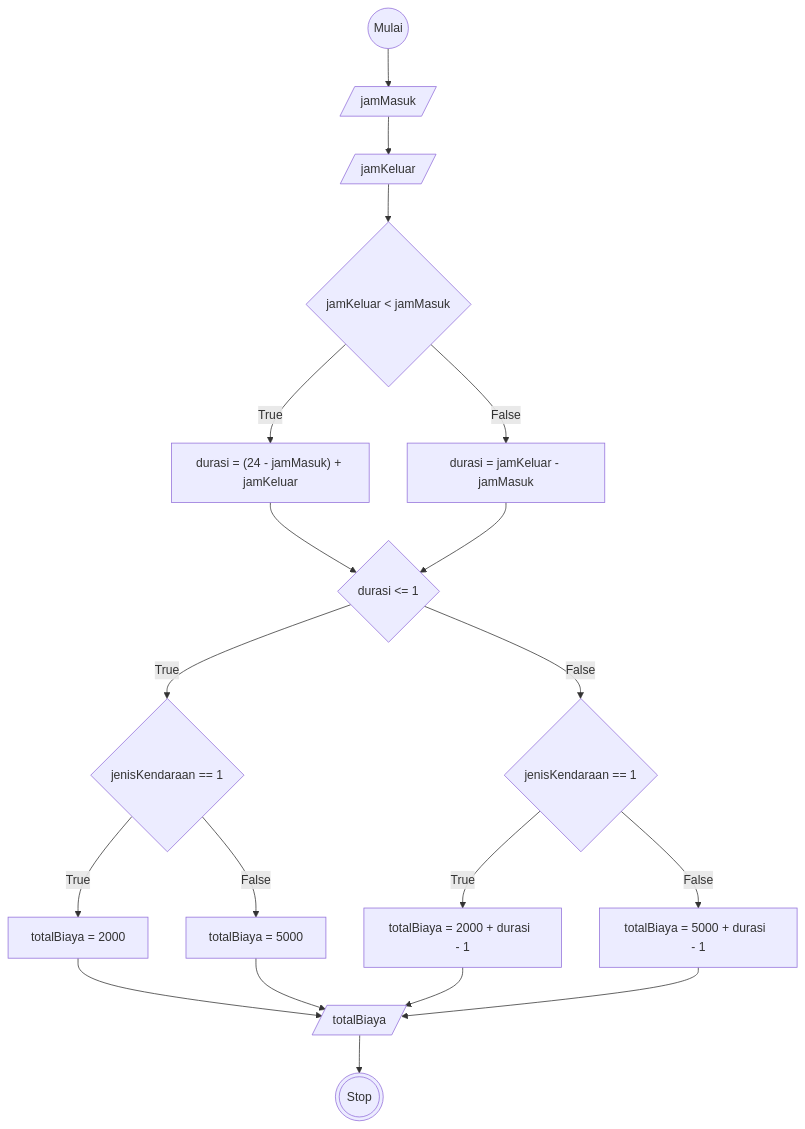
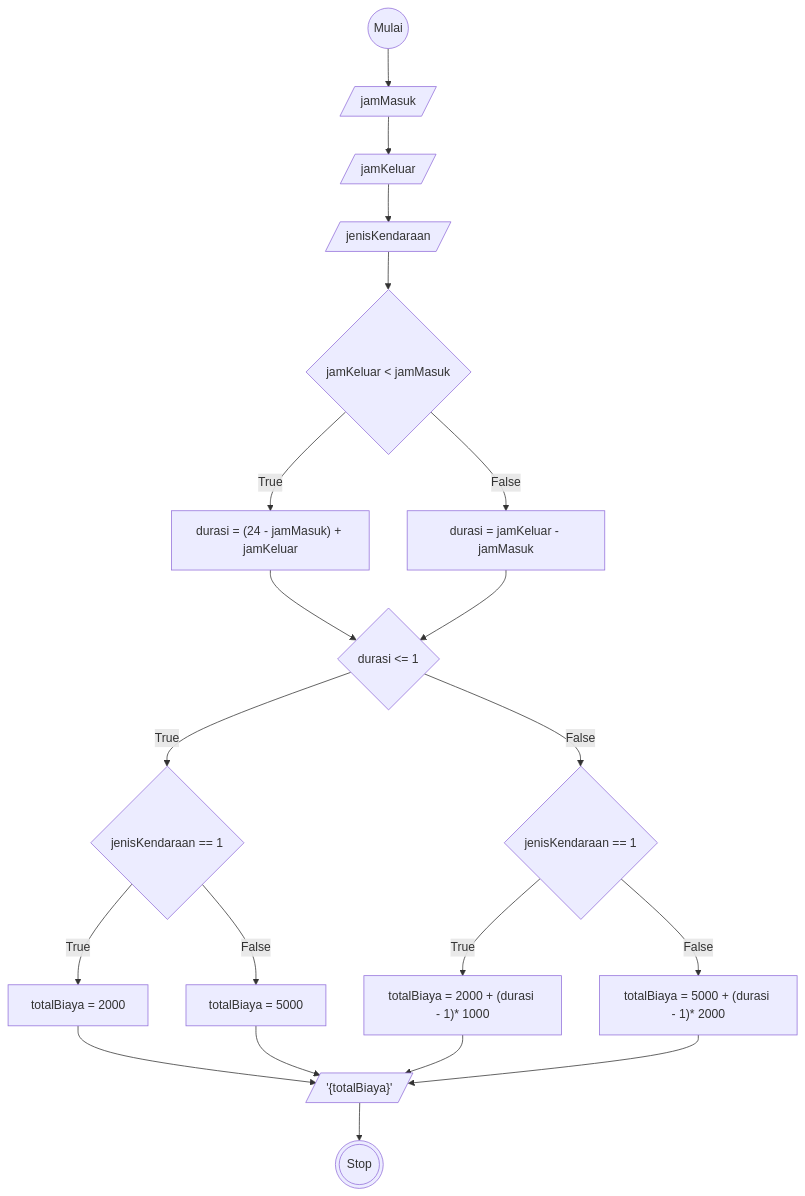
Before and after one commit to MuhamadRafliShidiq/koda-b8-algoritma: the diagram in readme.md, drawn with Mermaid. The commit also changed other lines of this file, not shown here.

````diff
--- a/readme.md
+++ b/readme.md
@@ -24,44 +21,45 @@
 ```mermaid
 
     flowchart TD
     a@{ shape: circle, label: "Mulai" }
     b@{ shape: lean-r, label: "jamMasuk" }
     c@{ shape: lean-r, label: "jamKeluar" }
+    p@{ shape: lean-r, label: "jenisKendaraan" }
     d@{ shape: diamond, label: "jamKeluar < jamMasuk " }
     e@{ shape: rect, label: "durasi = (24 - jamMasuk) + jamKeluar" }
     f@{ shape: rect, label: "durasi = jamKeluar - jamMasuk" }
     g@{ shape: diamond, label: "durasi <= 1 " }
     h@{ shape: diamond, label: "jenisKendaraan == 1" }
     i@{ shape: diamond, label: "jenisKendaraan == 1" }
     j@{ shape: rect, label: "totalBiaya = 2000" }
     k@{ shape: rect, label: "totalBiaya = 5000" }
-    l@{ shape: rect, label: "totalBiaya = 2000 + durasi  - 1" }
-    m@{ shape: rect, label: "totalBiaya = 5000 + durasi  - 1" }
-    n@{ shape: lean-r, label: "totalBiaya" }
+    l@{ shape: rect, label: "totalBiaya = 2000 + (durasi - 1)* 1000" }
+    m@{ shape: rect, label: "totalBiaya = 5000 + (durasi - 1)* 2000" }
+    n@{ shape: lean-r, label: "'{totalBiaya}'" }
     o@{ shape: dbl-circ, label: "Stop" }
 
-    a --> b --> c --> d 
+    a --> b --> c --> p --> d
 
-    d --True--> e 
+    d --True--> e
     d --False--> f
 
     e --> g
     f --> g
 
     g --True--> h
     g --False--> i
 
     h --True--> j
     h --False--> k
 
     i --True--> l
     i --False--> m
 
     j --> n
     k --> n
     l --> n
     m --> n
     n --> o
 
 
 ```
````
